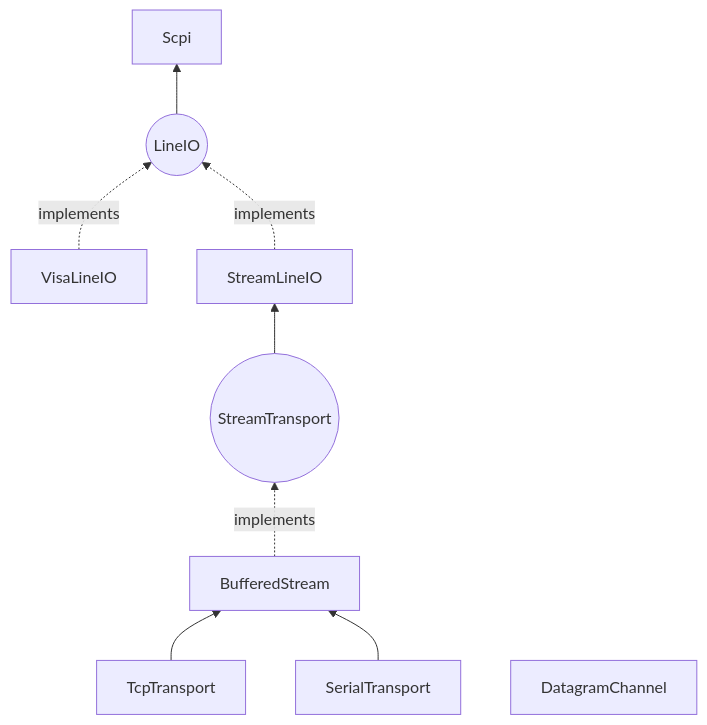
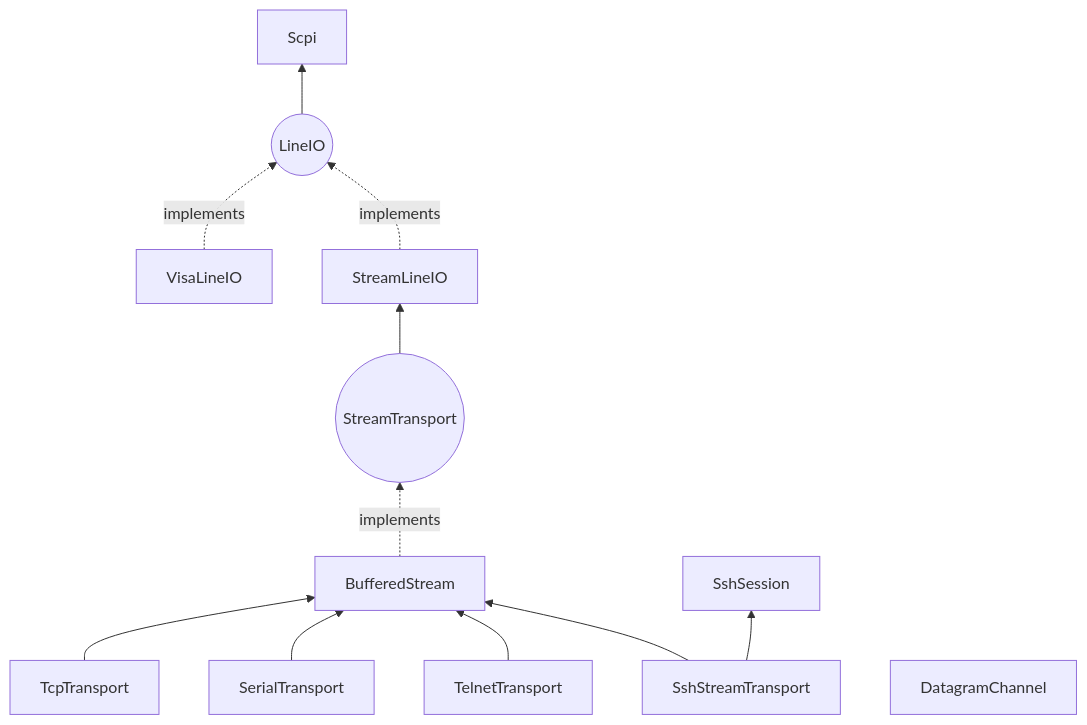
One commit to PuglyD/mastif changed the first of 2 diagrams in docs/wiki/transports.md. Above: the diagram before and after it, drawn with Mermaid. The commit also changed other lines of this file and 36 other files, not shown here.

First line of the commit message:
feat(resources): add Telnet and SSH transports and the ssh-shell channel

````diff
--- a/docs/wiki/transports.md
+++ b/docs/wiki/transports.md
@@ -21,11 +22,14 @@
 ```mermaid
 flowchart BT
     tcp[TcpTransport] --> bs[BufferedStream]
     ser[SerialTransport] --> bs
+    tel[TelnetTransport] --> bs
+    sst[SshStreamTransport] --> bs
+    sst --> sess[SshSession]
     bs -.implements.-> ST((StreamTransport))
     ST --> sl[StreamLineIO]
     visa[VisaLineIO] -.implements.-> LIO((LineIO))
     sl -.implements.-> LIO
     LIO --> scpi[Scpi]
     dg[DatagramChannel]
 ```
````
